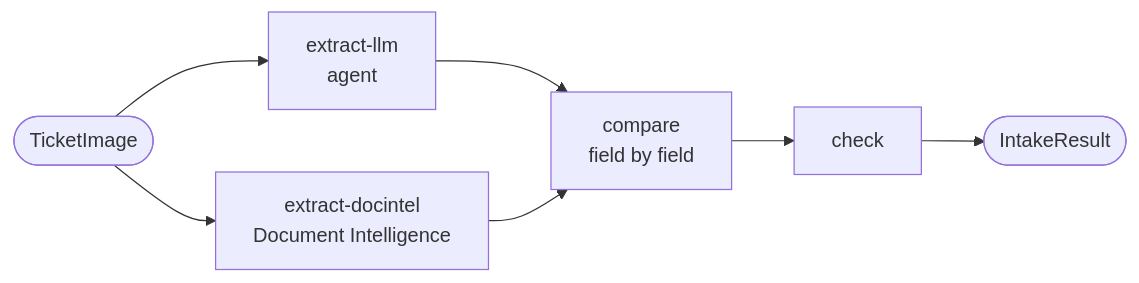
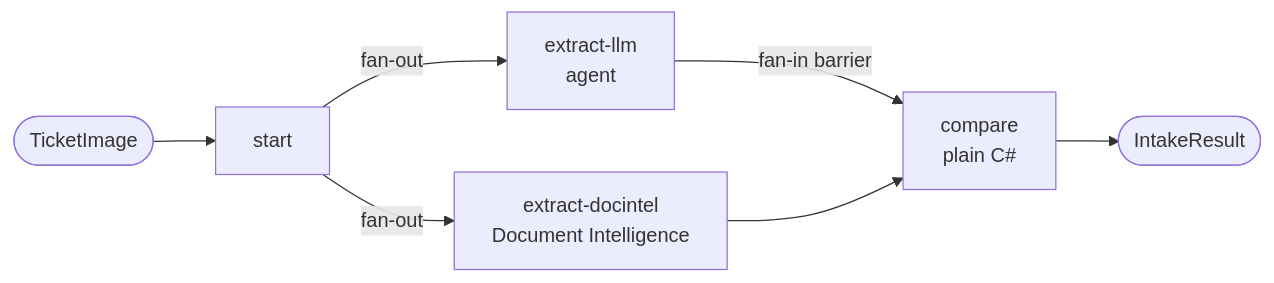
Before and after one commit to akhanalcs/agents-on-dotnet: the fourth of 5 diagrams in README.md, drawn with Mermaid. The commit also changed other lines of this file and 8 other files, not shown here.

Commit message:
Add Document Intelligence extractor, compare, validation, in-memory store and review API

````diff
--- a/README.md
+++ b/README.md
@@ -208,9 +225,9 @@
 ```mermaid
 flowchart LR
-    IN([TicketImage]) --> A["extract-llm<br/>agent"]
-    IN --> B["extract-docintel<br/>Document Intelligence"]
-    A --> C["compare<br/>field by field"]
+    IN([TicketImage]) --> S[start]
+    S -->|fan-out| A["extract-llm<br/>agent"]
+    S -->|fan-out| B["extract-docintel<br/>Document Intelligence"]
+    A -->|fan-in barrier| C["compare<br/>plain C#"]
     B --> C
-    C --> CH["check"]
-    CH --> OUT([IntakeResult])
+    C --> OUT([IntakeResult])
 ```
````
